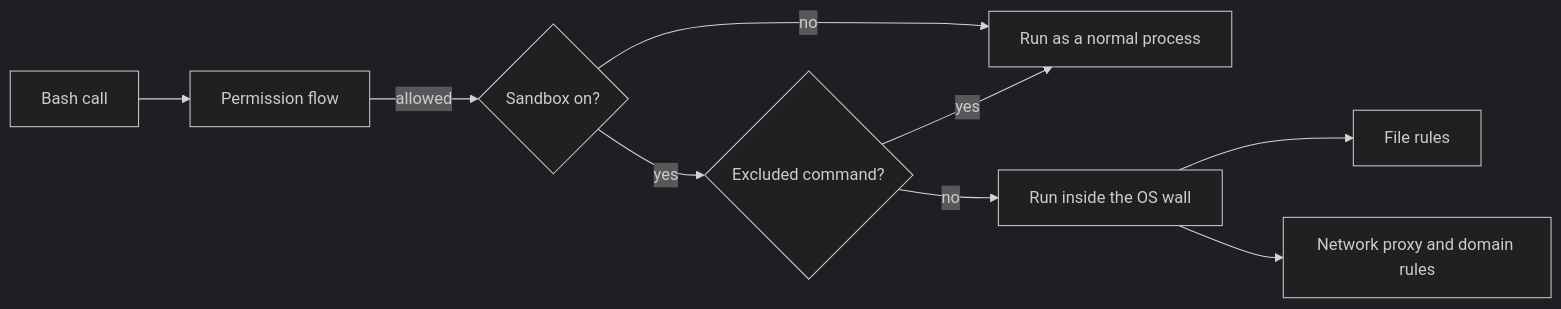
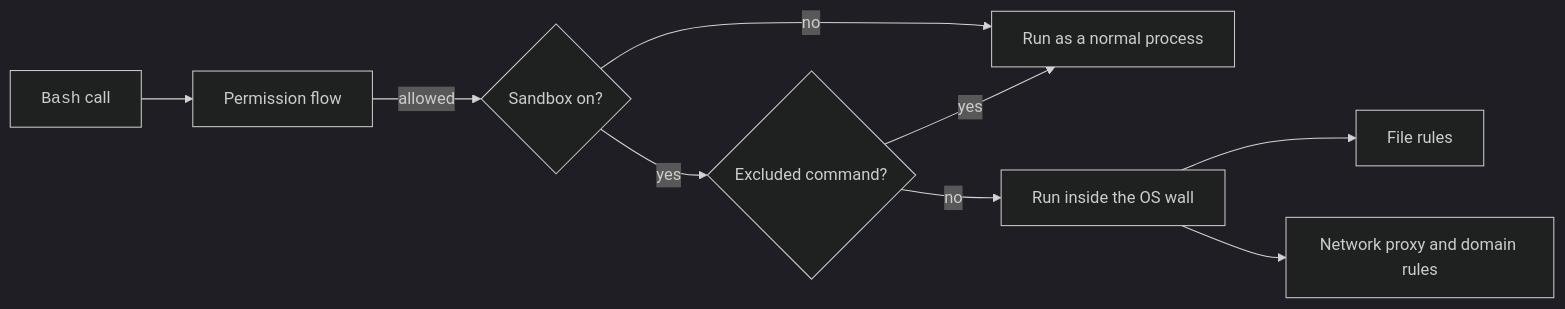
The diagram in docs/configure/permissions/sandbox.md (xsyetopz/claude-code-docs), drawn with Mermaid (dark theme) before and after one commit. The commit also changed other lines of this file and 164 other files, not shown here.

First line of the commit message:
docs: linked citations, yes/no markers, file trees, code in diagrams

````diff
--- a/docs/configure/permissions/sandbox.md
+++ b/docs/configure/permissions/sandbox.md
@@ -122,11 +122,11 @@
 ```mermaid
 flowchart LR
-  Call[Bash call] --> Perm[Permission flow]
+  Call["<code>Bash</code> call"] --> Perm[Permission flow]
   Perm -->|allowed| Sb{Sandbox on?}
   Sb -->|no| Run[Run as a normal process]
   Sb -->|yes| Ex{Excluded command?}
   Ex -->|yes| Run
   Ex -->|no| Wall[Run inside the OS wall]
   Wall --> Fs[File rules]
   Wall --> Net[Network proxy and domain rules]
 ```
````
